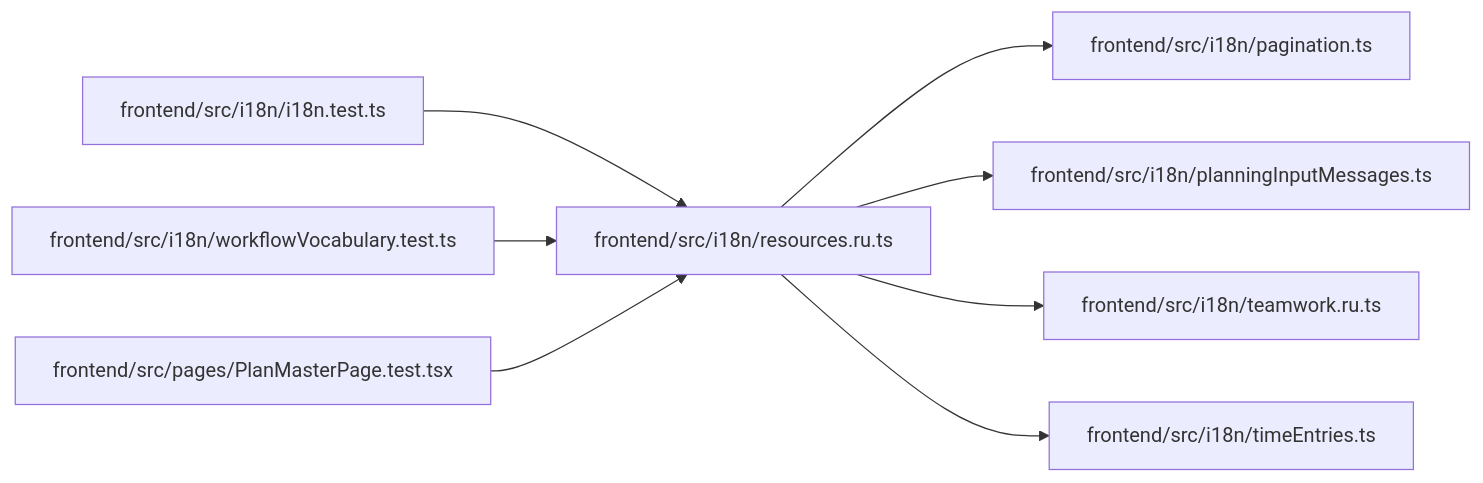
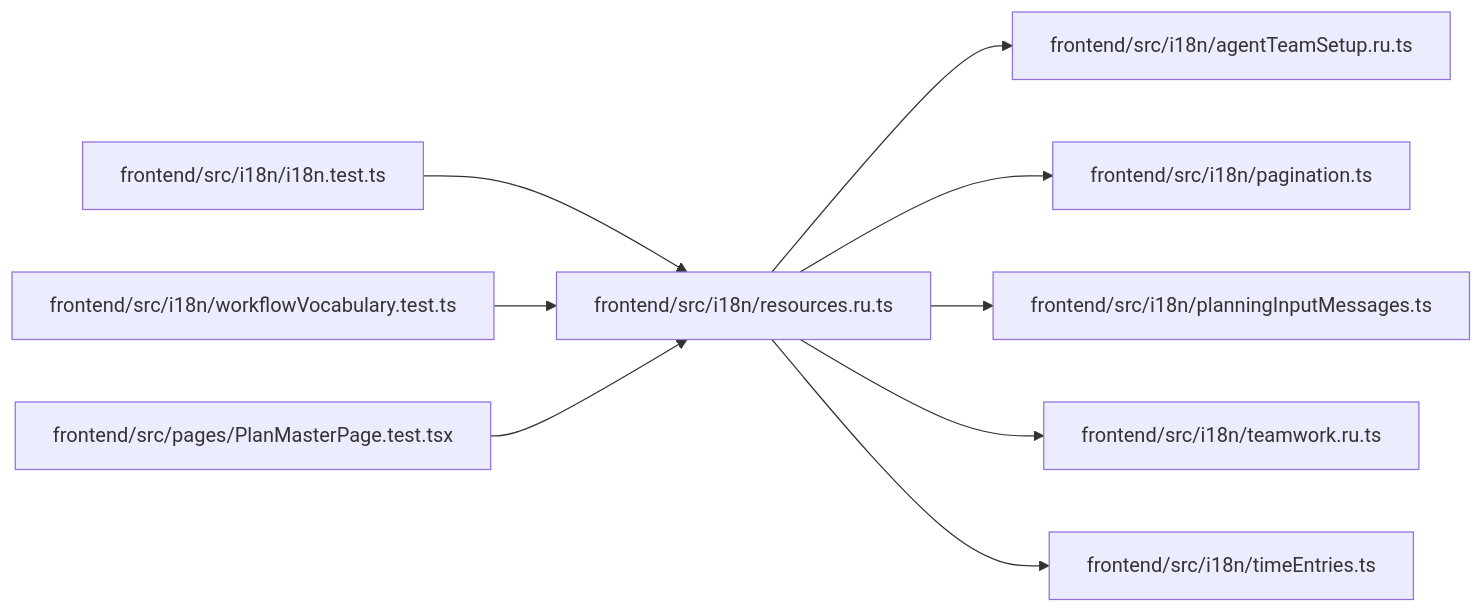
Before and after one commit to Denissvgn/WorkChord: the diagram in docs/llm_wiki/modules/resources.ru.md, drawn with Mermaid. The commit also changed other lines of this file and 422 other files, not shown here.

````diff
--- a/docs/llm_wiki/modules/resources.ru.md
+++ b/docs/llm_wiki/modules/resources.ru.md
@@ -28,26 +29,29 @@
 ```mermaid
 flowchart LR
-    n0["frontend/src/i18n/i18n.test.ts"]
-    n1["frontend/src/i18n/pagination.ts"]
-    n2["frontend/src/i18n/planningInputMessages.ts"]
-    n3["frontend/src/i18n/resources.ru.ts"]
-    n4["frontend/src/i18n/teamwork.ru.ts"]
-    n5["frontend/src/i18n/timeEntries.ts"]
-    n6["frontend/src/i18n/workflowVocabulary.test.ts"]
-    n7["frontend/src/pages/PlanMasterPage.test.tsx"]
-    n0 --> n3
-    n3 --> n1
-    n3 --> n2
-    n3 --> n4
-    n3 --> n5
-    n6 --> n3
-    n7 --> n3
-    click n0 "../modules/i18n.test.md"
-    click n1 "../modules/pagination.md"
-    click n2 "../modules/planningInputMessages.md"
-    click n3 "../modules/resources.ru.md"
-    click n4 "../modules/teamwork.ru.md"
-    click n5 "../modules/timeEntries.md"
-    click n6 "../modules/workflowVocabulary.test.md"
-    click n7 "../modules/PlanMasterPage.test.md"
+    n0["frontend/src/i18n/agentTeamSetup.ru.ts"]
+    n1["frontend/src/i18n/i18n.test.ts"]
+    n2["frontend/src/i18n/pagination.ts"]
+    n3["frontend/src/i18n/planningInputMessages.ts"]
+    n4["frontend/src/i18n/resources.ru.ts"]
+    n5["frontend/src/i18n/teamwork.ru.ts"]
+    n6["frontend/src/i18n/timeEntries.ts"]
+    n7["frontend/src/i18n/workflowVocabulary.test.ts"]
+    n8["frontend/src/pages/PlanMasterPage.test.tsx"]
+    n1 --> n4
+    n4 --> n0
+    n4 --> n2
+    n4 --> n3
+    n4 --> n5
+    n4 --> n6
+    n7 --> n4
+    n8 --> n4
+    click n0 "../modules/agentTeamSetup.ru.md"
+    click n1 "../modules/i18n.test.md"
+    click n2 "../modules/pagination.md"
+    click n3 "../modules/planningInputMessages.md"
+    click n4 "../modules/resources.ru.md"
+    click n5 "../modules/teamwork.ru.md"
+    click n6 "../modules/timeEntries.md"
+    click n7 "../modules/workflowVocabulary.test.md"
+    click n8 "../modules/PlanMasterPage.test.md"
 ```
````
